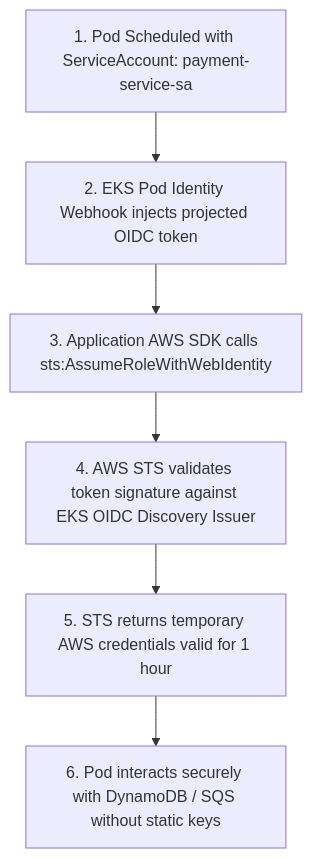
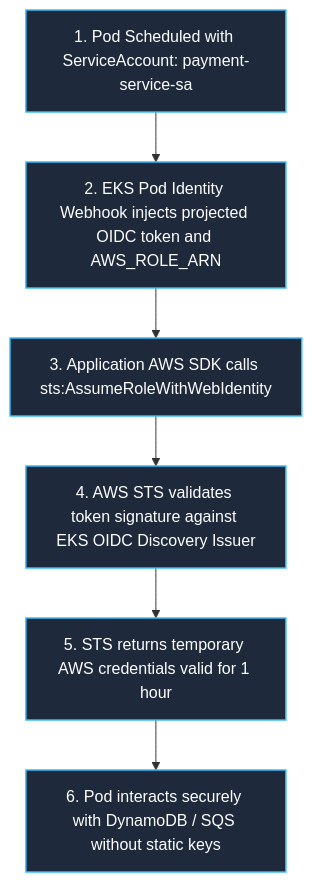
One commit to pvsafwa/devops-course-playbook changed diagram 11 of 14 in DevOps_CI_CD_Master_Engineering_Blueprint.md. Above: the diagram before and after it, drawn with Mermaid. The commit also changed other lines of this file, not shown here.

````diff
--- a/DevOps_CI_CD_Master_Engineering_Blueprint.md
+++ b/DevOps_CI_CD_Master_Engineering_Blueprint.md
@@ -319,8 +608,10 @@
 ```mermaid
 flowchart TD
-    A["1. Pod Scheduled with ServiceAccount: payment-service-sa"] --> B["2. EKS Pod Identity Webhook injects projected OIDC token"]
+    A["1. Pod Scheduled with ServiceAccount: payment-service-sa"] --> B["2. EKS Pod Identity Webhook injects projected OIDC token and AWS_ROLE_ARN"]
     B --> C["3. Application AWS SDK calls sts:AssumeRoleWithWebIdentity"]
     C --> D["4. AWS STS validates token signature against EKS OIDC Discovery Issuer"]
     D --> E["5. STS returns temporary AWS credentials valid for 1 hour"]
     E --> F["6. Pod interacts securely with DynamoDB / SQS without static keys"]
+    classDef irsa fill:#1e293b,stroke:#38bdf8,stroke-width:1.5px,color:#ffffff;
+    class A,B,C,D,E,F irsa;
 ```
````
